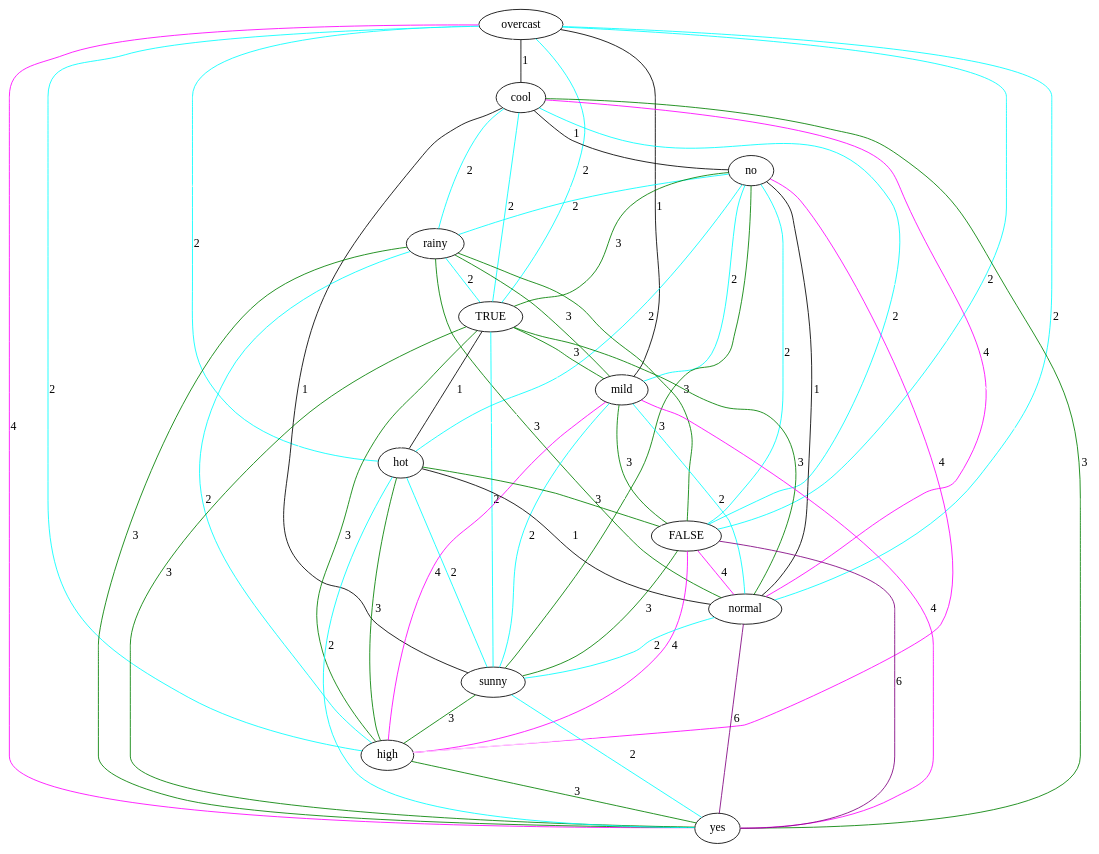
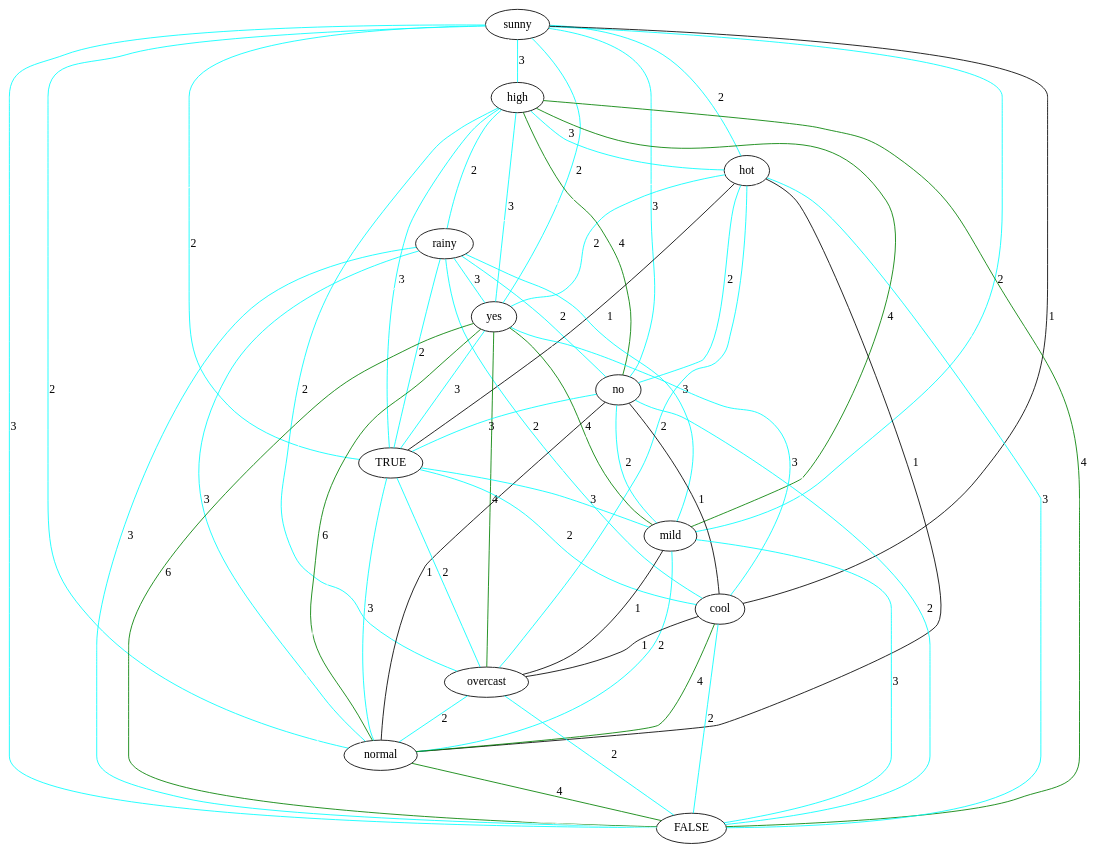
Before and after one commit to lrodrin/TFG: the diagram in src/final/exponentialGraph.dot, drawn with Graphviz. The commit also changed 12 other files, not shown here.

```diff
--- a/src/final/exponentialGraph.dot
+++ b/src/final/exponentialGraph.dot
@@ -1,80 +1,80 @@
 strict graph "" {
-overcast;
-cool;
+sunny;
+high;
+hot;
+rainy;
+yes;
 no;
-rainy;
 TRUE;
 mild;
-hot;
+cool;
+overcast;
+normal;
 FALSE;
-normal;
-sunny;
-high;
-yes;
-overcast -- TRUE  [color=cyan, label=2];
-overcast -- mild  [color=black, label=1];
-overcast -- no  [color=white];
+sunny -- high  [color=cyan, label=3];
+sunny -- overcast  [color=white];
+sunny -- FALSE  [color=cyan, label=3];
+sunny -- hot  [color=cyan, label=2];
+sunny -- rainy  [color=white];
+sunny -- yes  [color=cyan, label=2];
+sunny -- no  [color=cyan, label=3];
+sunny -- normal  [color=cyan, label=2];
+sunny -- TRUE  [color=cyan, label=2];
+sunny -- mild  [color=cyan, label=2];
+sunny -- cool  [color=black, label=1];
+high -- overcast  [color=cyan, label=2];
+high -- FALSE  [color=green, label=4];
+high -- hot  [color=cyan, label=3];
+high -- rainy  [color=cyan, label=2];
+high -- yes  [color=cyan, label=3];
+high -- no  [color=green, label=4];
+high -- normal  [color=white];
+high -- TRUE  [color=cyan, label=3];
+high -- mild  [color=green, label=4];
+high -- cool  [color=white];
+hot -- FALSE  [color=cyan, label=3];
+hot -- rainy  [color=white];
+hot -- yes  [color=cyan, label=2];
+hot -- no  [color=cyan, label=2];
+hot -- normal  [color=black, label=1];
+hot -- TRUE  [color=black, label=1];
+hot -- mild  [color=white];
+hot -- overcast  [color=cyan, label=2];
+hot -- cool  [color=white];
+rainy -- FALSE  [color=cyan, label=3];
+rainy -- yes  [color=cyan, label=3];
+rainy -- no  [color=cyan, label=2];
+rainy -- normal  [color=cyan, label=3];
+rainy -- TRUE  [color=cyan, label=2];
+rainy -- mild  [color=cyan, label=3];
+rainy -- overcast  [color=white];
+rainy -- cool  [color=cyan, label=2];
+yes -- FALSE  [color=green, label=6];
+yes -- no  [color=white];
+yes -- normal  [color=green, label=6];
+yes -- TRUE  [color=cyan, label=3];
+yes -- mild  [color=green, label=4];
+yes -- overcast  [color=green, label=4];
+yes -- cool  [color=cyan, label=3];
+no -- FALSE  [color=cyan, label=2];
+no -- normal  [color=black, label=1];
+no -- TRUE  [color=cyan, label=3];
+no -- mild  [color=cyan, label=2];
+no -- overcast  [color=white];
+no -- cool  [color=black, label=1];
+TRUE -- normal  [color=cyan, label=3];
+TRUE -- FALSE  [color=white];
+TRUE -- mild  [color=cyan, label=3];
+TRUE -- overcast  [color=cyan, label=2];
+TRUE -- cool  [color=cyan, label=2];
+mild -- normal  [color=cyan, label=2];
+mild -- cool  [color=white];
+mild -- overcast  [color=black, label=1];
+mild -- FALSE  [color=cyan, label=3];
+cool -- normal  [color=green, label=4];
+cool -- overcast  [color=black, label=1];
+cool -- FALSE  [color=cyan, label=2];
 overcast -- FALSE  [color=cyan, label=2];
 overcast -- normal  [color=cyan, label=2];
-overcast -- cool  [color=black, label=1];
-overcast -- high  [color=cyan, label=2];
-overcast -- sunny  [color=white];
-overcast -- hot  [color=cyan, label=2];
-overcast -- yes  [color=magenta, label=4];
-overcast -- rainy  [color=white];
-cool -- TRUE  [color=cyan, label=2];
-cool -- mild  [color=white];
-cool -- no  [color=black, label=1];
-cool -- FALSE  [color=cyan, label=2];
-cool -- normal  [color=magenta, label=4];
-cool -- sunny  [color=black, label=1];
-cool -- high  [color=white];
-cool -- yes  [color=green, label=3];
-cool -- hot  [color=white];
-cool -- rainy  [color=cyan, label=2];
-no -- TRUE  [color=green, label=3];
-no -- mild  [color=cyan, label=2];
-no -- hot  [color=cyan, label=2];
-no -- normal  [color=black, label=1];
-no -- high  [color=magenta, label=4];
-no -- sunny  [color=green, label=3];
-no -- FALSE  [color=cyan, label=2];
-no -- yes  [color=white];
-no -- rainy  [color=cyan, label=2];
-rainy -- TRUE  [color=cyan, label=2];
-rainy -- mild  [color=green, label=3];
-rainy -- FALSE  [color=green, label=3];
-rainy -- normal  [color=green, label=3];
-rainy -- high  [color=cyan, label=2];
-rainy -- sunny  [color=white];
-rainy -- hot  [color=white];
-rainy -- yes  [color=green, label=3];
-TRUE -- mild  [color=green, label=3];
-TRUE -- FALSE  [color=white];
-TRUE -- normal  [color=green, label=3];
-TRUE -- high  [color=green, label=3];
-TRUE -- sunny  [color=cyan, label=2];
-TRUE -- hot  [color=black, label=1];
-TRUE -- yes  [color=green, label=3];
-mild -- FALSE  [color=green, label=3];
-mild -- normal  [color=cyan, label=2];
-mild -- high  [color=magenta, label=4];
-mild -- sunny  [color=cyan, label=2];
-mild -- hot  [color=white];
-mild -- yes  [color=magenta, label=4];
-hot -- normal  [color=black, label=1];
-hot -- high  [color=green, label=3];
-hot -- sunny  [color=cyan, label=2];
-hot -- FALSE  [color=green, label=3];
-hot -- yes  [color=cyan, label=2];
-FALSE -- normal  [color=magenta, label=4];
-FALSE -- high  [color=magenta, label=4];
-FALSE -- sunny  [color=green, label=3];
-FALSE -- yes  [color=purple, label=6];
-normal -- yes  [color=purple, label=6];
-normal -- high  [color=white];
-normal -- sunny  [color=cyan, label=2];
-sunny -- high  [color=green, label=3];
-sunny -- yes  [color=cyan, label=2];
-high -- yes  [color=green, label=3];
+normal -- FALSE  [color=green, label=4];
 }
```
